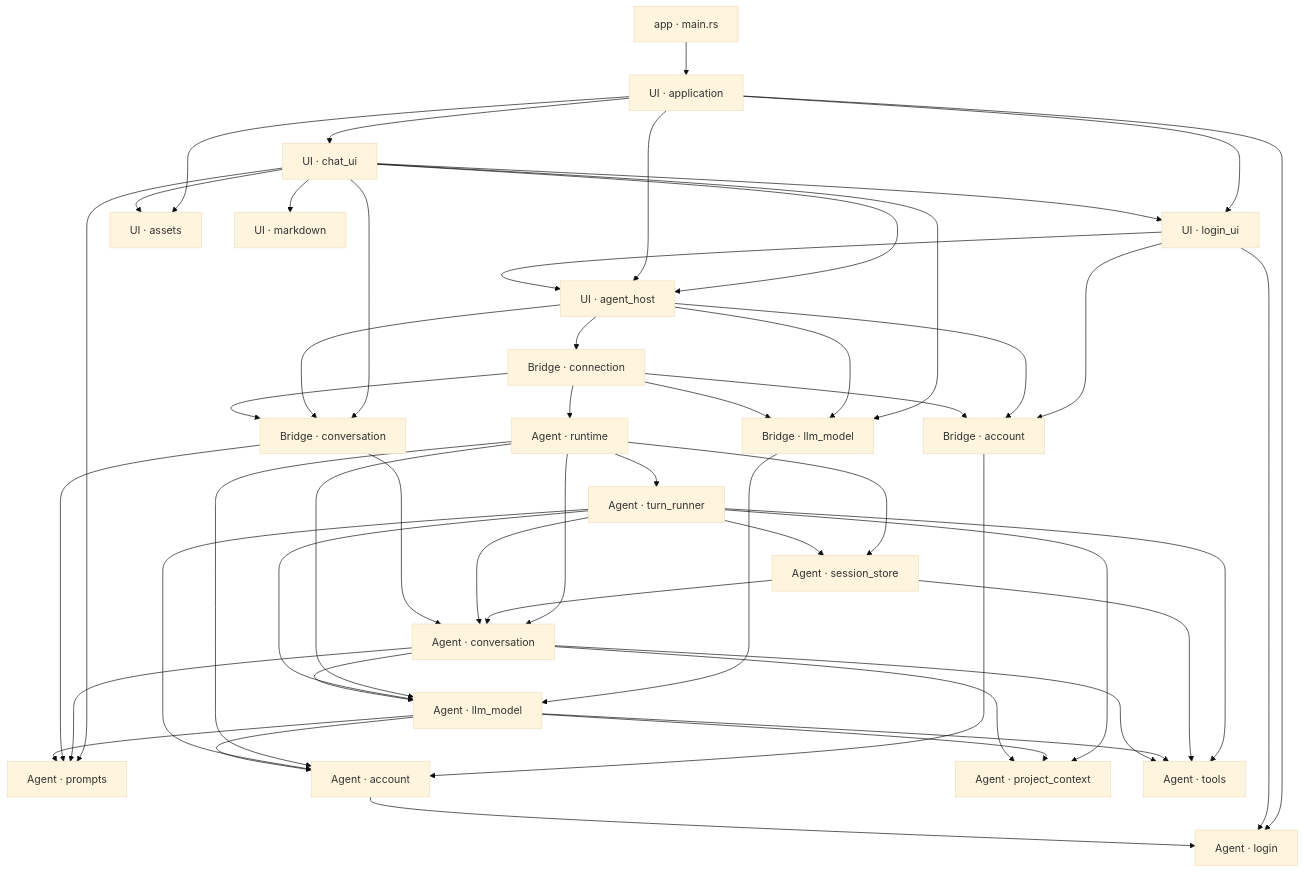
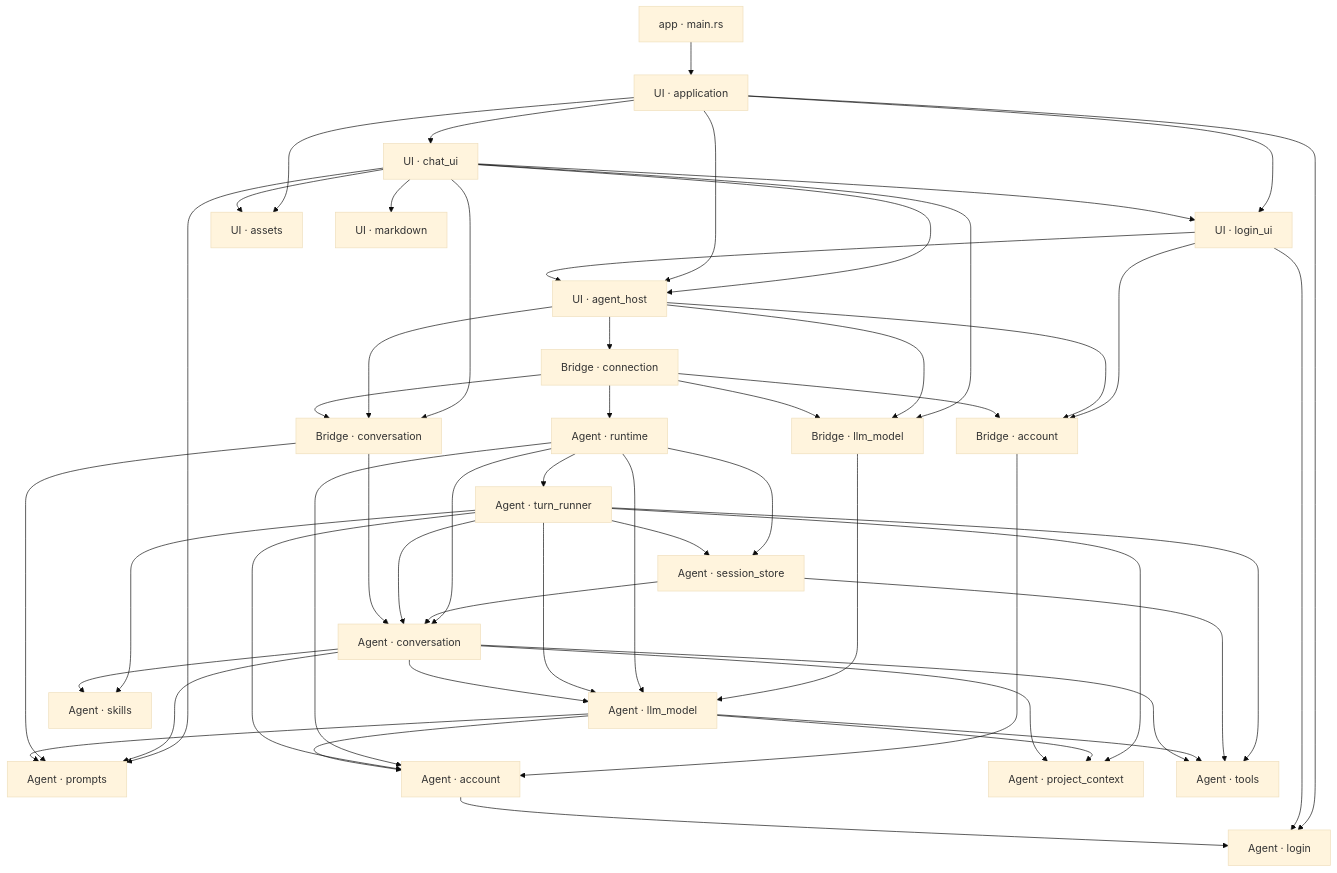
One commit to slc90/Agentelier changed the first of 3 diagrams in docs/design/architecture.md. Above: the diagram before and after it, drawn with Mermaid (base theme). The commit also changed other lines of this file and 13 other files, not shown here.

First line of the commit message:
Discover scoped Skills catalogs for each agent task

````diff
--- a/docs/design/architecture.md
+++ b/docs/design/architecture.md
@@ -34,53 +35,55 @@
 ```mermaid
 flowchart TD
     Entry["app · main.rs"] --> App["UI · application"]
     App --> UI["UI · login_ui"]
     App --> Assets["UI · assets"]
     App --> Login["Agent · login"]
     UI --> Login
     App --> ChatUI["UI · chat_ui"]
     ChatUI --> Markdown["UI · markdown"]
     ChatUI --> UI
     ChatUI --> Host
     App --> Host["UI · agent_host"]
     UI --> Host
     Host --> Connection["Bridge · connection"]
     UI --> AccountBridge["Bridge · account"]
     ChatUI --> ModelBridge["Bridge · llm_model"]
     ChatUI --> ConversationBridge["Bridge · conversation"]
     ChatUI --> Prompts["Agent · prompts"]
     ChatUI --> Assets
     Host --> AccountBridge
     Host --> ModelBridge
     Host --> ConversationBridge
     Connection --> Runtime["Agent · runtime"]
     Connection --> AccountBridge
     Connection --> ModelBridge
     Connection --> ConversationBridge
     AccountBridge --> Account["Agent · account"]
     ModelBridge --> Model["Agent · llm_model"]
     Runtime --> Account
     Runtime --> Model
     Runtime --> Conversation["Agent · conversation"]
     Runtime --> SessionStore["Agent · session_store"]
     SessionStore --> Conversation
     Runtime --> Runner["Agent · turn_runner"]
     Runner --> Conversation
+    Runner --> Skills["Agent · skills"]
+    Conversation --> Skills
     Runner --> ProjectContext["Agent · project_context"]
     Runner --> Model
     Runner --> Account
     Runner --> Tools["Agent · tools"]
     Runner --> SessionStore
     SessionStore --> Tools
     Model --> ProjectContext
     Model --> Tools
     Conversation --> Tools
     Conversation --> Model
     Conversation --> Prompts
     Conversation --> ProjectContext
     ConversationBridge --> Conversation
     ConversationBridge --> Prompts
     Model --> Prompts
     Model --> Account
     Account --> Login
 ```
````
